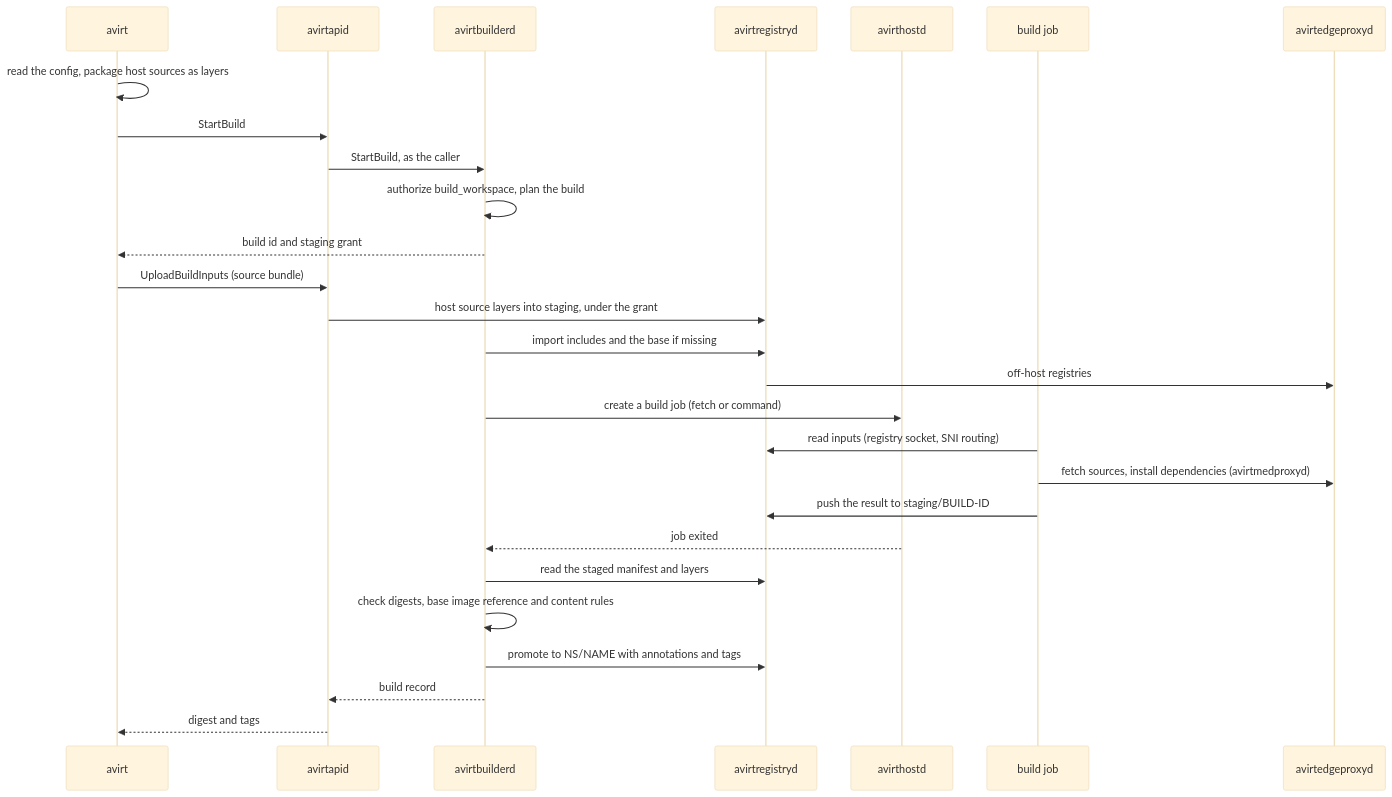
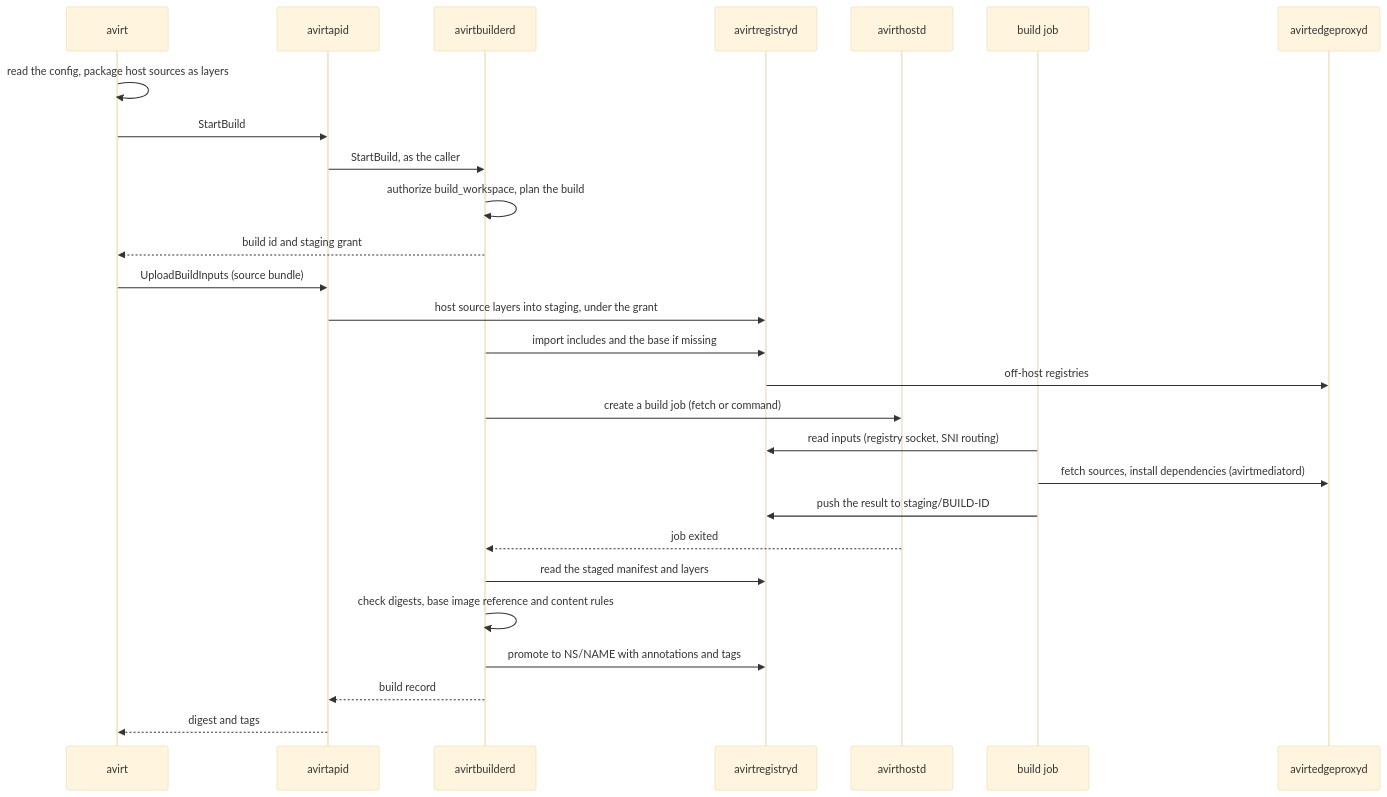
Before and after one commit to tbhb-dev/avirt: the diagram in docs/workspace-build.md, drawn with Mermaid (base theme). The commit also changed other lines of this file and 116 other files, not shown here.

````diff
--- a/docs/workspace-build.md
+++ b/docs/workspace-build.md
@@ -45,29 +45,29 @@
 ```mermaid
 sequenceDiagram
     participant CLI as avirt
     participant P as avirtapid
     participant B as avirtbuilderd
     participant R as avirtregistryd
     participant H as avirthostd
     participant J as build job
     participant F as avirtedgeproxyd
     CLI->>CLI: read the config, package host sources as layers
     CLI->>P: StartBuild
     P->>B: StartBuild, as the caller
     B->>B: authorize build_workspace, plan the build
     B-->>CLI: build id and staging grant
     CLI->>P: UploadBuildInputs (source bundle)
     P->>R: host source layers into staging, under the grant
     B->>R: import includes and the base if missing
     R->>F: off-host registries
     B->>H: create a build job (fetch or command)
     J->>R: read inputs (registry socket, SNI routing)
-    J->>F: fetch sources, install dependencies (avirtmedproxyd)
+    J->>F: fetch sources, install dependencies (avirtmediatord)
     J->>R: push the result to staging/BUILD-ID
     H-->>B: job exited
     B->>R: read the staged manifest and layers
     B->>B: check digests, base image reference and content rules
     B->>R: promote to NS/NAME with annotations and tags
     B-->>P: build record
     P-->>CLI: digest and tags
 ```
````
